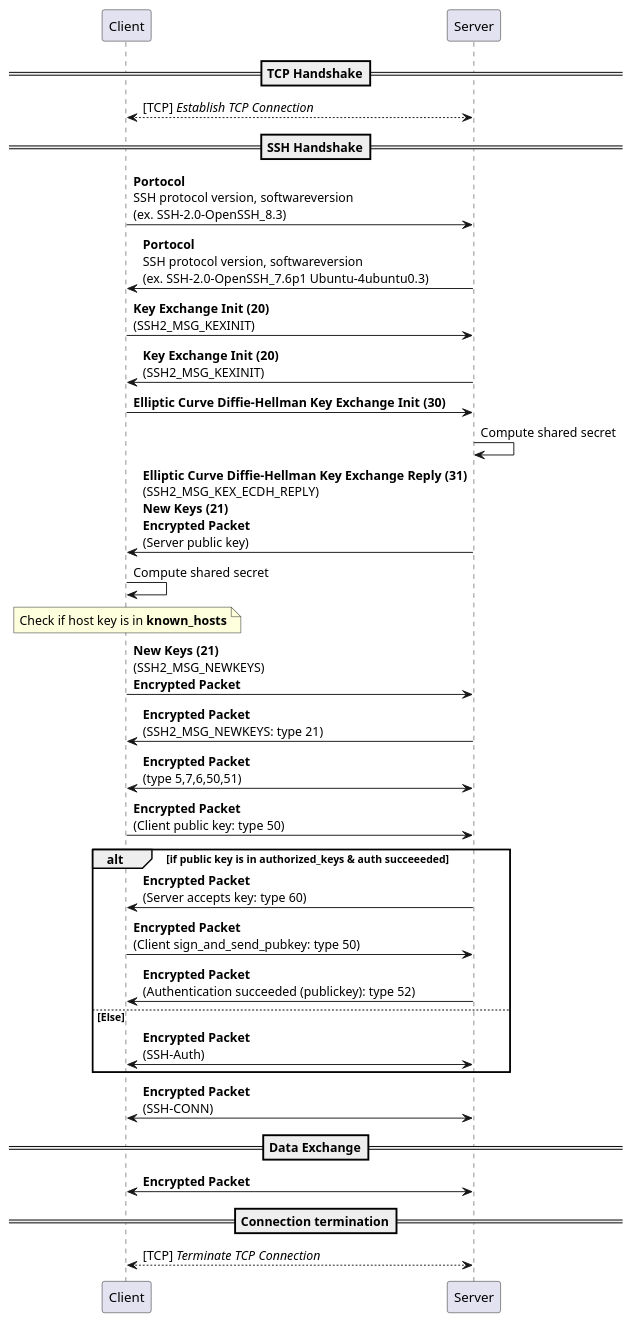
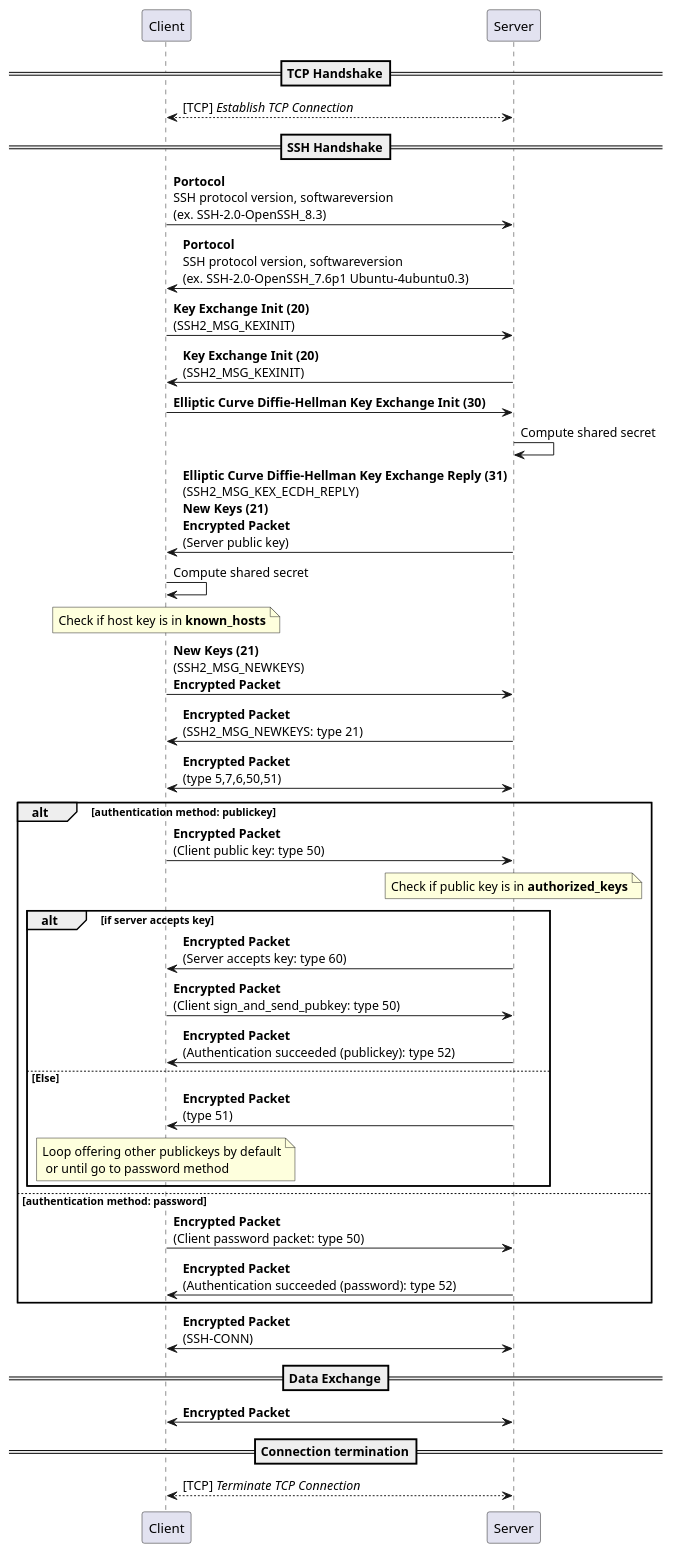
The diagram in ssh/transport-layer.plantuml (yidas/web-service-protocols), drawn with PlantUML before and after one commit.

```diff
--- a/ssh/transport-layer.plantuml
+++ b/ssh/transport-layer.plantuml
@@ -1,37 +1,44 @@
 @startuml
 
 participant "Client" as c
 participant "Server" as s
 
 ==TCP Handshake==
 c<-->s: [TCP] //Establish TCP Connection//
 ==SSH Handshake==
 c->s: **Portocol**\nSSH protocol version, softwareversion \n(ex. SSH-2.0-OpenSSH_8.3)
 s->c: **Portocol**\nSSH protocol version, softwareversion \n(ex. SSH-2.0-OpenSSH_7.6p1 Ubuntu-4ubuntu0.3)
 c->s: **Key Exchange Init (20)** \n(SSH2_MSG_KEXINIT)
 s->c: **Key Exchange Init (20)** \n(SSH2_MSG_KEXINIT)
 c->s: **Elliptic Curve Diffie-Hellman Key Exchange Init (30)**
 s->s: Compute shared secret
 s->c: **Elliptic Curve Diffie-Hellman Key Exchange Reply (31)**\n(SSH2_MSG_KEX_ECDH_REPLY)\n**New Keys (21)**\n**Encrypted Packet**\n(Server public key)
 c->c: Compute shared secret
 note over c: Check if host key is in **known_hosts**
 c->s: **New Keys (21)**\n(SSH2_MSG_NEWKEYS)\n**Encrypted Packet**
 s->c: **Encrypted Packet**\n(SSH2_MSG_NEWKEYS: type 21)
 s<->c: **Encrypted Packet**\n(type 5,7,6,50,51)
+alt authentication method: publickey
 c->s: **Encrypted Packet** \n(Client public key: type 50)
-alt if public key is in **authorized_keys** & auth succeeeded
-s->c: **Encrypted Packet** \n(Server accepts key: type 60)
-c->s: **Encrypted Packet** \n(Client sign_and_send_pubkey: type 50)
-s->c: **Encrypted Packet**\n(Authentication succeeded (publickey): type 52)
-else Else
-s<->c: **Encrypted Packet**\n(SSH-Auth)
+	note over s: Check if public key is in **authorized_keys**
+	alt if server accepts key
+	s->c: **Encrypted Packet** \n(Server accepts key: type 60)
+	c->s: **Encrypted Packet** \n(Client sign_and_send_pubkey: type 50)
+	s->c: **Encrypted Packet**\n(Authentication succeeded (publickey): type 52)
+	else Else
+	s->c: **Encrypted Packet**\n(type 51)
+	note over c: Loop offering other publickeys by default\n or until go to password method
+	end
+else authentication method: password
+c->s: **Encrypted Packet** \n(Client password packet: type 50)
+s->c: **Encrypted Packet**\n(Authentication succeeded (password): type 52)
 end
 s<->c: **Encrypted Packet**\n(SSH-CONN)
 
 ==Data Exchange==
 c<->s: **Encrypted Packet**
 
 ==Connection termination==
 c<-->s: [TCP] //Terminate TCP Connection//
 
 @enduml
```
